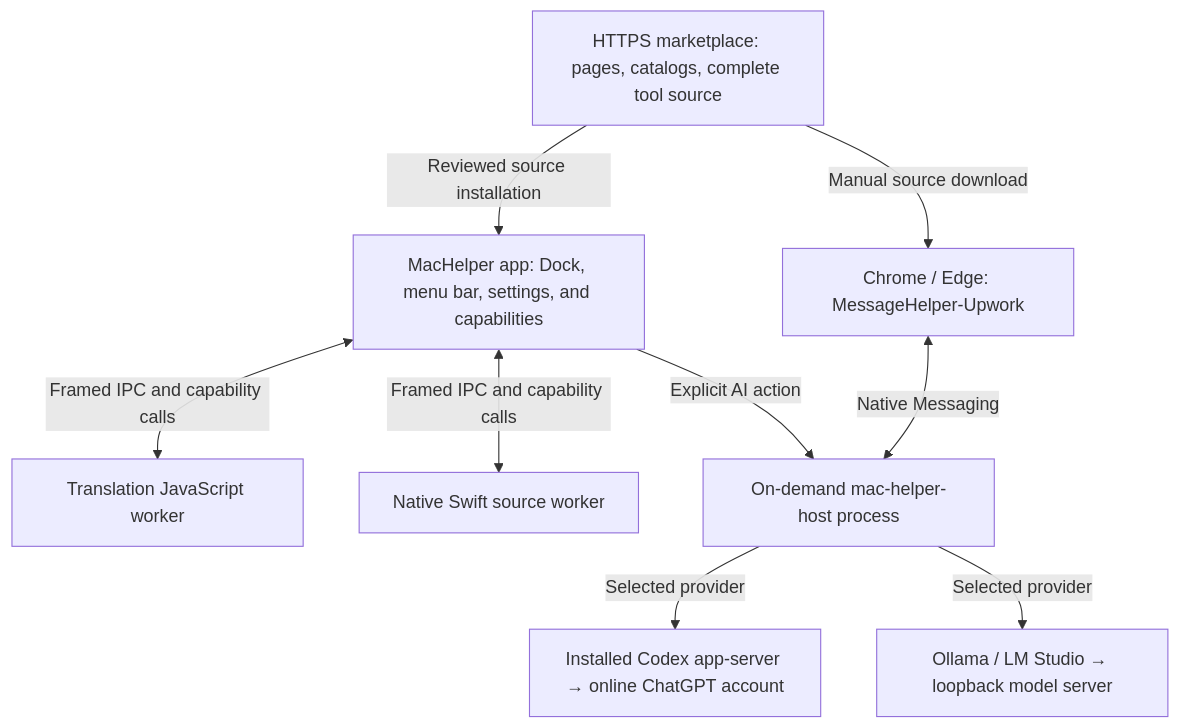
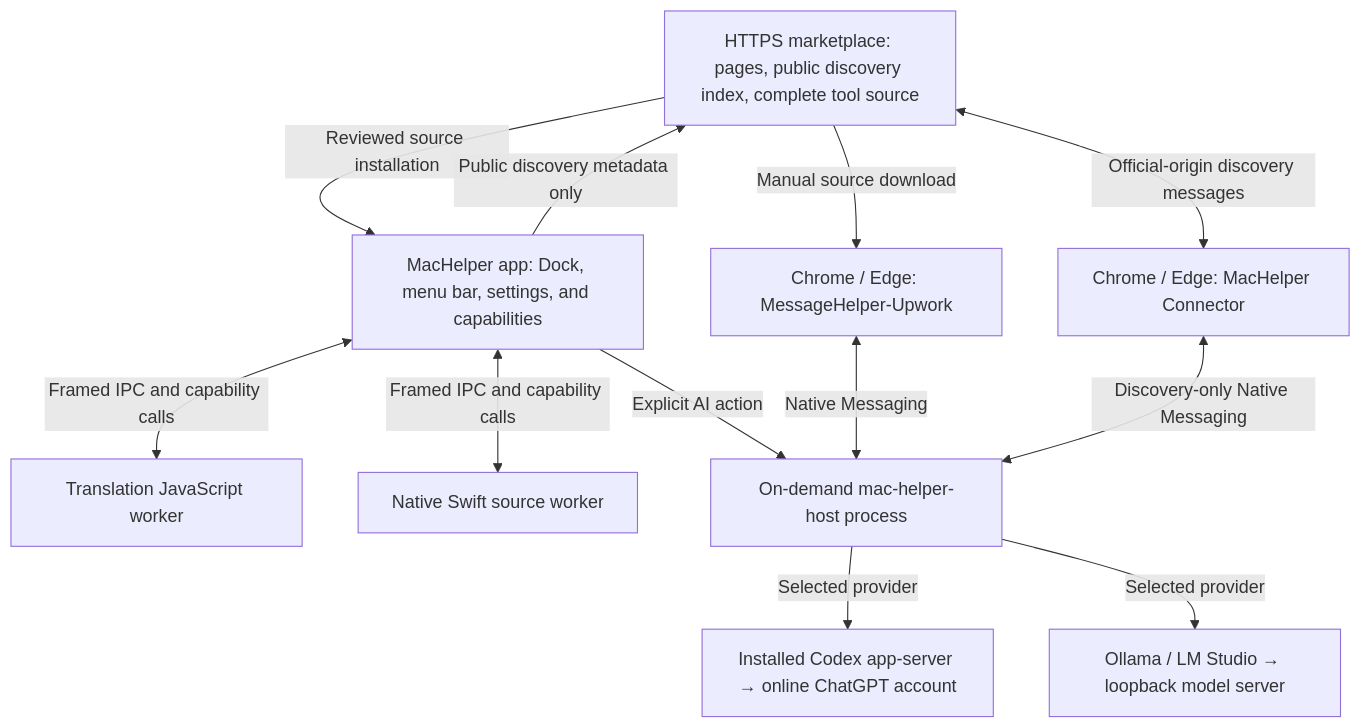
The diagram in PROJECT_DESIGN.md (bosstwobread/LocalAIBaseTools), drawn with Mermaid before and after one commit. The commit also changed other lines of this file and 76 other files, not shown here.

Commit message:
Add source-owned extension discovery and local AI search

````diff
--- a/PROJECT_DESIGN.md
+++ b/PROJECT_DESIGN.md
@@ -35,19 +36,23 @@
 ```mermaid
 flowchart TD
-    Market["HTTPS marketplace: pages, catalogs, complete tool source"]
+    Market["HTTPS marketplace: pages, public discovery index, complete tool source"]
+    Connector["Chrome / Edge: MacHelper Connector"]
     App["MacHelper app: Dock, menu bar, settings, and capabilities"]
     Worker["Translation JavaScript worker"]
     Native["Native Swift source worker"]
     Browser["Chrome / Edge: MessageHelper-Upwork"]
     Host["On-demand mac-helper-host process"]
     ChatGPT["Installed Codex app-server → online ChatGPT account"]
     Local["Ollama / LM Studio → loopback model server"]
     Market -->|"Reviewed source installation"| App
     Market -->|"Manual source download"| Browser
     App <-->|"Framed IPC and capability calls"| Worker
     App <-->|"Framed IPC and capability calls"| Native
     App -->|"Explicit AI action"| Host
     Browser <-->|"Native Messaging"| Host
+    Market <-->|"Official-origin discovery messages"| Connector
+    Connector <-->|"Discovery-only Native Messaging"| Host
+    App -->|"Public discovery metadata only"| Market
     Host -->|"Selected provider"| ChatGPT
     Host -->|"Selected provider"| Local
 ```
````
